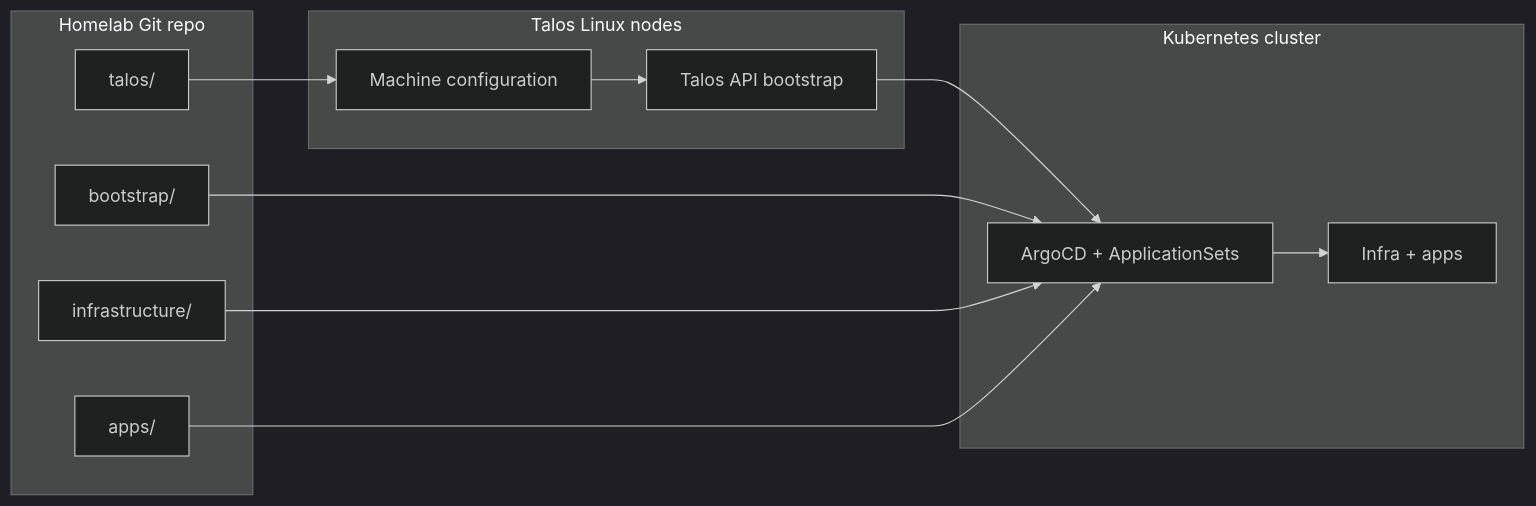
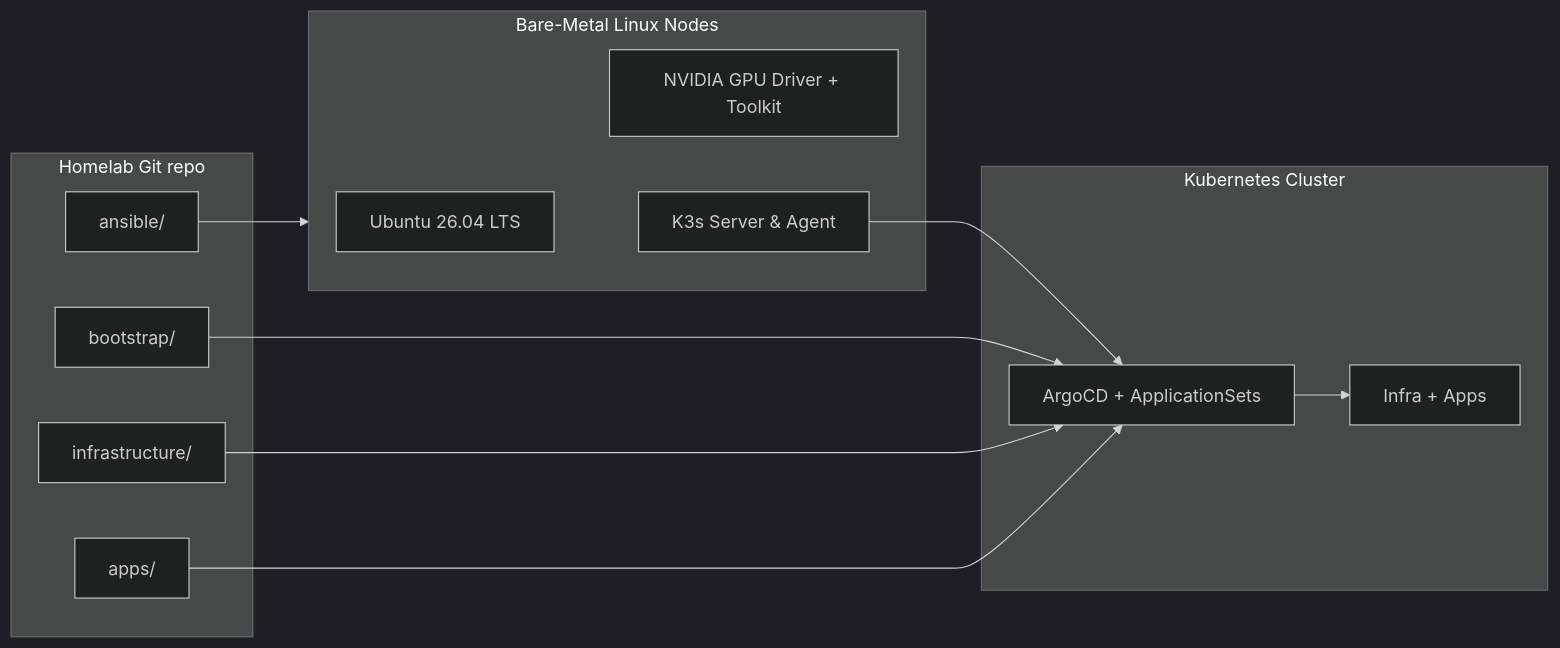
Before and after one commit to nsudhanva/homelab: the first of 4 diagrams in README.md, drawn with Mermaid (dark theme). The commit also changed other lines of this file and 41 other files, not shown here.

Commit message:
Migrate to bare-metal K3s on Ubuntu with automated Ansible provisioning

````diff
--- a/README.md
+++ b/README.md
@@ -49,27 +46,28 @@
 ```mermaid
 flowchart LR
   subgraph Repo["Homelab Git repo"]
-    Talos["talos/"]
+    Ansible["ansible/"]
     Bootstrap["bootstrap/"]
     Infra["infrastructure/"]
     Apps["apps/"]
   end
 
-  subgraph Nodes["Talos Linux nodes"]
-    Config["Machine configuration"]
-    API["Talos API bootstrap"]
+  subgraph Host["Bare-Metal Linux Nodes"]
+    OS["Ubuntu 26.04 LTS"]
+    GPU["NVIDIA GPU Driver + Toolkit"]
+    K3s["K3s Server & Agent"]
   end
 
-  subgraph Cluster["Kubernetes cluster"]
+  subgraph Cluster["Kubernetes Cluster"]
     Argo["ArgoCD + ApplicationSets"]
-    Workloads["Infra + apps"]
+    Workloads["Infra + Apps"]
   end
 
-  Talos --> Config
-  Config --> API
-  API --> Argo
+  Ansible --> Host
+  Host --> K3s
+  K3s --> Argo
   Bootstrap --> Argo
   Infra --> Argo
   Apps --> Argo
   Argo --> Workloads
 ```
````
